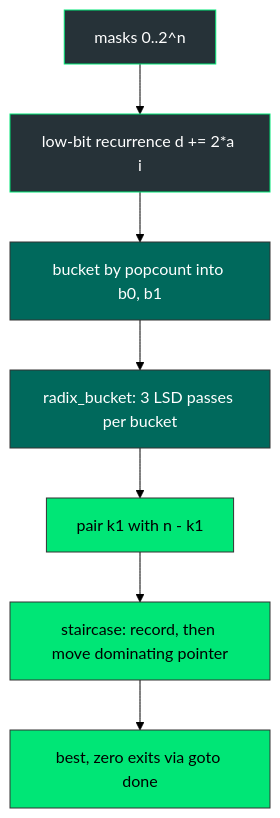
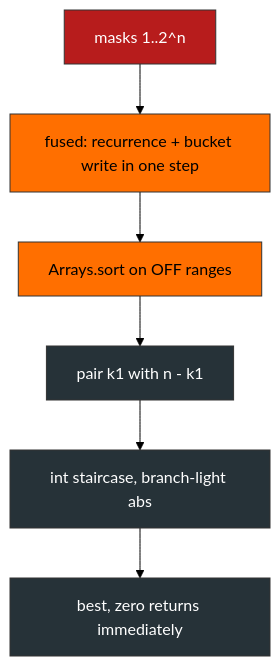
The diagram in Problem/2035. Partition Array Into Two Arrays to Minimize Sum Difference/java/README.md (taro902/Leetcode-Solution), drawn with Mermaid (forest theme) before and after one commit. The commit also changed other lines of this file, not shown here.

````diff
--- a/Problem/2035. Partition Array Into Two Arrays to Minimize Sum Difference/java/README.md
+++ b/Problem/2035. Partition Array Into Two Arrays to Minimize Sum Difference/java/README.md
@@ -52,15 +44,14 @@
 ```mermaid
 flowchart TD
-    M[masks 0..2^n] --> R[low-bit recurrence d += 2*a i]
-    R --> K[bucket by popcount into b0, b1]
-    K --> X[radix_bucket: 3 LSD passes per bucket]
-    X --> P[pair k1 with n - k1]
-    P --> S[staircase: record, then move dominating pointer]
-    S --> Z[best, zero exits via goto done]
-    classDef a fill:#263238,stroke:#00E676,color:#fff
-    classDef b fill:#00695C,stroke:#333,color:#fff
-    classDef c fill:#00E676,stroke:#333,color:#000
-    class M,R a
-    class K,X b
-    class P,S,Z c
+    M[masks 1..2^n] --> F[fused: recurrence + bucket write in one step]
+    F --> S[Arrays.sort on OFF ranges]
+    S --> P[pair k1 with n - k1]
+    P --> T[int staircase, branch-light abs]
+    T --> Z[best, zero returns immediately]
+    classDef a fill:#B71C1C,stroke:#333,color:#fff
+    classDef b fill:#FF6F00,stroke:#333,color:#000
+    classDef c fill:#263238,stroke:#333,color:#fff
+    class M a
+    class F,S b
+    class P,T,Z c
 ```
````
